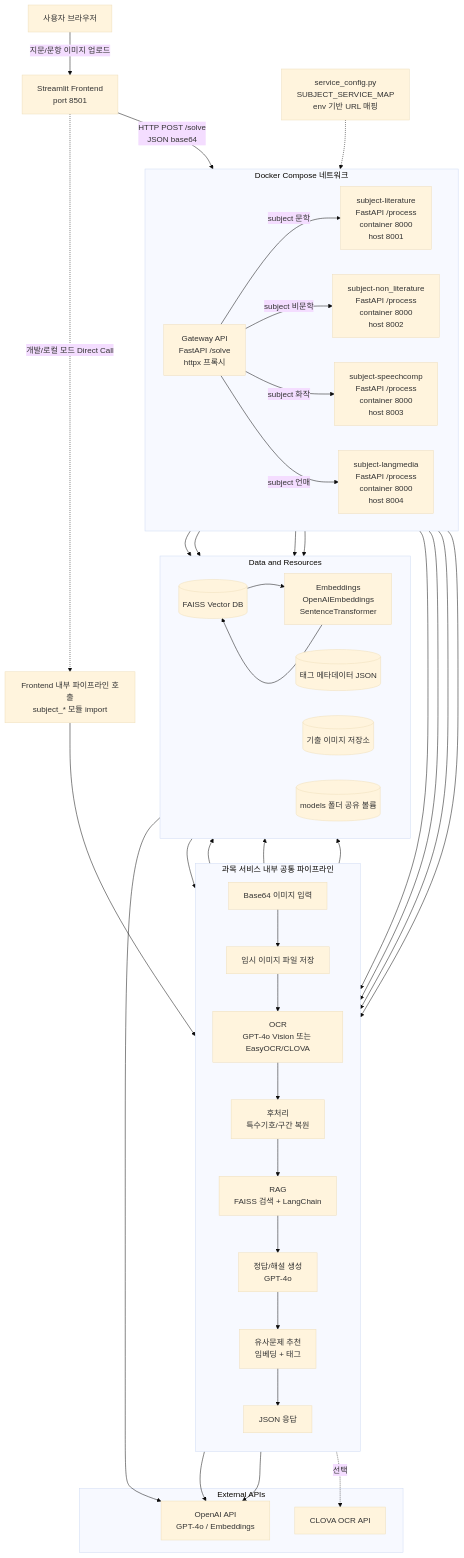
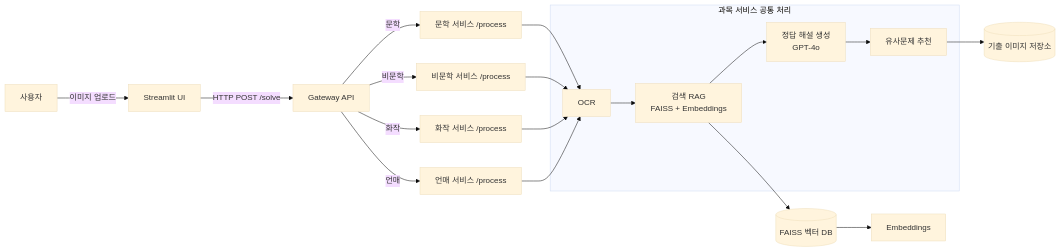
The diagram in README.md (KKimHyeonJoo/STUBO), drawn with Mermaid (base theme) before and after one commit.

````diff
--- a/README.md
+++ b/README.md
@@ -109,75 +109,26 @@
 ```mermaid
-flowchart TD
-  %% User
-  U[사용자 브라우저] -->|지문/문항 이미지 업로드| FE[Streamlit Frontend\nport 8501]
+flowchart LR
+  U[사용자] -->|이미지 업로드| FE[Streamlit UI]
 
-  %% Optional: Local (Monolithic) path - current app.py behavior
-  FE -. 개발/로컬 모드 Direct Call .-> MONO[Frontend 내부 파이프라인 호출\nsubject_* 모듈 import]
+  FE -->|HTTP POST /solve| GW[Gateway API]
+  GW -->|문학| LIT[문학 서비스 /process]
+  GW -->|비문학| NON[비문학 서비스 /process]
+  GW -->|화작| SPC[화작 서비스 /process]
+  GW -->|언매| LAM[언매 서비스 /process]
 
-  %% MSA path
-  FE -->|HTTP POST /solve\nJSON base64| GW[Gateway API\nFastAPI /solve\nhttpx 프록시]
-  CFG[service_config.py\nSUBJECT_SERVICE_MAP\nenv 기반 URL 매핑] -.-> GW
-
-  %% Docker Compose Microservices
-  subgraph COMPOSE[Docker Compose 네트워크]
-    direction LR
-    GW -->|subject 문학| LIT[subject-literature\nFastAPI /process\ncontainer 8000\nhost 8001]
-    GW -->|subject 비문학| NON[subject-non_literature\nFastAPI /process\ncontainer 8000\nhost 8002]
-    GW -->|subject 화작| SPC[subject-speechcomp\nFastAPI /process\ncontainer 8000\nhost 8003]
-    GW -->|subject 언매| LAM[subject-langmedia\nFastAPI /process\ncontainer 8000\nhost 8004]
+  subgraph CORE[과목 서비스 공통 처리]
+    OCR[OCR] --> RAG[검색 RAG\nFAISS + Embeddings]
+    RAG --> GEN[정답 해설 생성\nGPT-4o]
+    GEN --> REC[유사문제 추천]
   end
 
-  %% Inside each subject service
-  subgraph CORE[과목 서비스 내부 공통 파이프라인]
-    direction TB
-    IN[Base64 이미지 입력] --> TMP[임시 이미지 파일 저장]
-    TMP --> OCR[OCR\nGPT-4o Vision 또는 EasyOCR/CLOVA]
-    OCR --> POST[후처리\n특수기호/구간 복원]
-    POST --> RAG[RAG\nFAISS 검색 + LangChain]
-    RAG --> GEN[정답/해설 생성\nGPT-4o]
-    GEN --> REC[유사문제 추천\n임베딩 + 태그]
-    REC --> OUT[JSON 응답]
-  end
+  LIT --> OCR
+  NON --> OCR
+  SPC --> OCR
+  LAM --> OCR
 
-  %% Service -> CORE
-  LIT --> IN
-  NON --> IN
-  SPC --> IN
-  LAM --> IN
-  MONO --> OCR
+  REC --> BANK[(기출 이미지 저장소)]
+  RAG --> VDB[(FAISS 벡터 DB)]
+  VDB --> EMB[Embeddings]
 
-  %% Data & Resources
-  subgraph DATA[Data and Resources]
-    direction LR
-    VDB[(FAISS Vector DB)]
-    EMB[Embeddings\nOpenAIEmbeddings\nSentenceTransformer]
-    TAG[(태그 메타데이터 JSON)]
-    BANK[(기출 이미지 저장소)]
-    MODELS[(models 폴더 공유 볼륨)]
-  end
-
-  %% CORE <-> DATA
-  RAG --> VDB
-  VDB --> RAG
-  VDB --> EMB
-  EMB --> VDB
-  REC --> TAG
-  REC --> BANK
-
-  %% Shared models used by services
-  LIT --> MODELS
-  NON --> MODELS
-  SPC --> MODELS
-  LAM --> MODELS
-
-  %% External APIs
-  subgraph EXT[External APIs]
-    OA[OpenAI API\nGPT-4o / Embeddings]
-    CLOVA[CLOVA OCR API]
-  end
-
-  OCR --> OA
-  GEN --> OA
-  EMB --> OA
-  OCR -. 선택 .-> CLOVA
 ```
````
